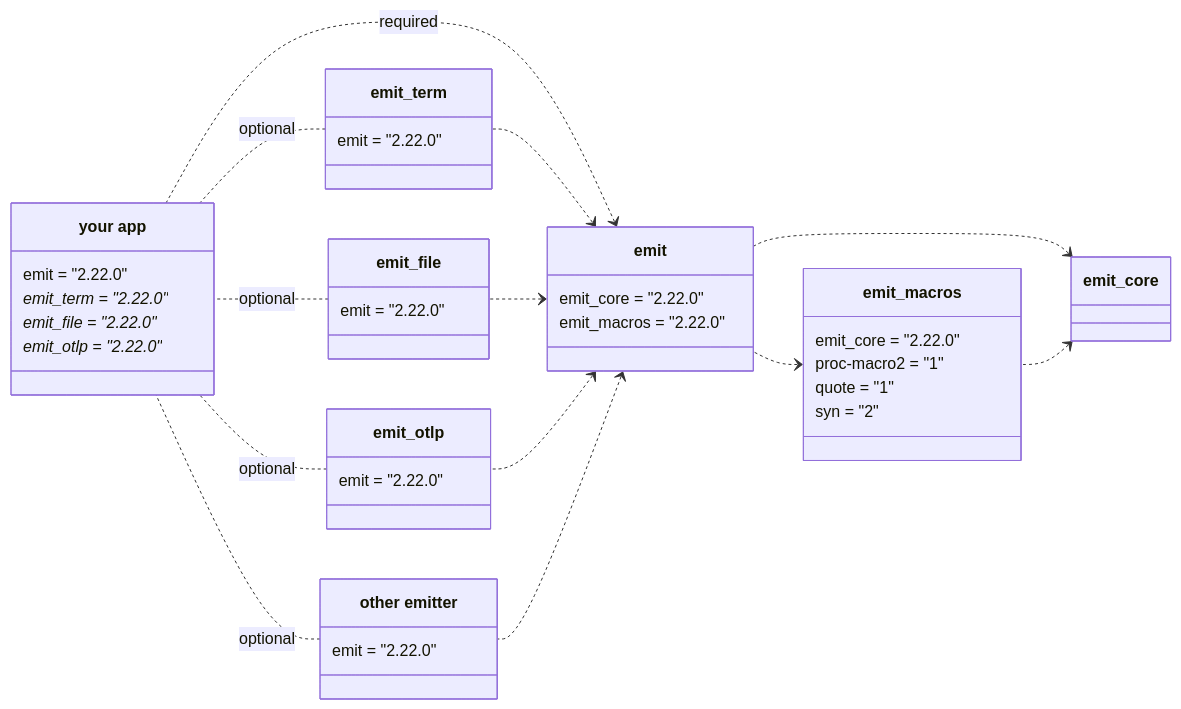
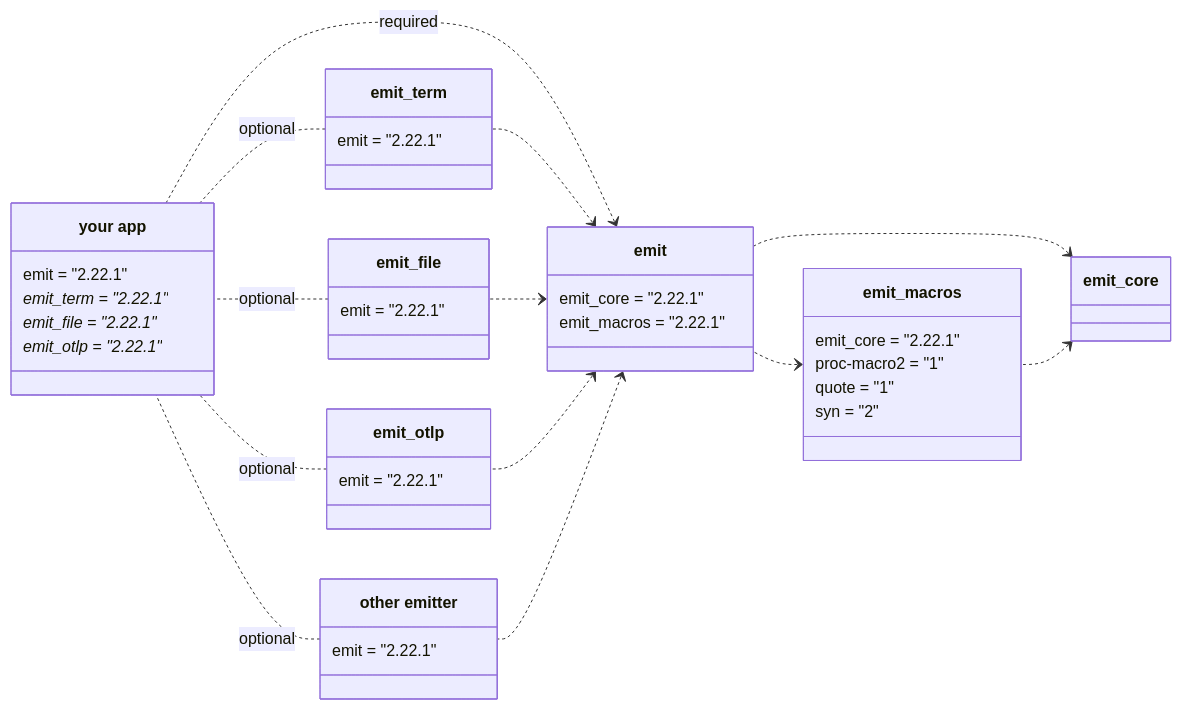
Before and after one commit to emit-rs/emit: the first of 5 diagrams in book/src/reference/architecture.md, drawn with Mermaid. The commit also changed other lines of this file and 74 other files, not shown here.

````diff
--- a/book/src/reference/architecture.md
+++ b/book/src/reference/architecture.md
@@ -9,62 +9,62 @@
 ```mermaid
 classDiagram
     direction RL
     
     emit_core <.. emit_macros
     emit_core <.. emit
     emit_macros <.. emit
 
     class emit_macros {
-        emit_core = "2.22.0"
+        emit_core = "2.22.1"
         proc-macro2 = "1"
         quote = "1"
         syn = "2"
     }
 
     emit <.. emit_term
     emit <.. emit_file
     emit <.. emit_otlp
     emit <.. emit_custom
 
     emit <.. app : required
 
     class emit {
-        emit_core = "2.22.0"
-        emit_macros = "2.22.0"
+        emit_core = "2.22.1"
+        emit_macros = "2.22.1"
     }
 
     emit_term .. app : optional
     emit_file .. app : optional
     emit_otlp .. app : optional
     emit_custom .. app : optional
 
     class emit_term {
-        emit = "2.22.0"
+        emit = "2.22.1"
     }
 
     class emit_file {
-        emit = "2.22.0"
+        emit = "2.22.1"
     }
 
     class emit_otlp {
-        emit = "2.22.0"
+        emit = "2.22.1"
     }
 
     class emit_custom["other emitter"] {
-        emit = "2.22.0"
+        emit = "2.22.1"
     }
 
     class app["your app"] {
-        emit = "2.22.0"
-        emit_term = "2.22.0"*
-        emit_file = "2.22.0"*
-        emit_otlp = "2.22.0"*
+        emit = "2.22.1"
+        emit_term = "2.22.1"*
+        emit_file = "2.22.1"*
+        emit_otlp = "2.22.1"*
     }
 
-    click emit_core href "https://docs.rs/emit_core/1.21.0/emit_core/index.html"
-    click emit_macros href "https://docs.rs/emit_macros/2.22.0/emit_macros/index.html"
-    click emit href "https://docs.rs/emit/2.22.0/emit/index.html"
-    click emit_term href "https://docs.rs/emit_term/2.22.0/emit_term/index.html"
-    click emit_file href "https://docs.rs/emit_file/2.22.0/emit_file/index.html"
-    click emit_otlp href "https://docs.rs/emit_otlp/2.22.0/emit_otlp/index.html"
+    click emit_core href "https://docs.rs/emit_core/1.22.1/emit_core/index.html"
+    click emit_macros href "https://docs.rs/emit_macros/2.22.1/emit_macros/index.html"
+    click emit href "https://docs.rs/emit/2.22.1/emit/index.html"
+    click emit_term href "https://docs.rs/emit_term/2.22.1/emit_term/index.html"
+    click emit_file href "https://docs.rs/emit_file/2.22.1/emit_file/index.html"
+    click emit_otlp href "https://docs.rs/emit_otlp/2.22.1/emit_otlp/index.html"
 ```
````
